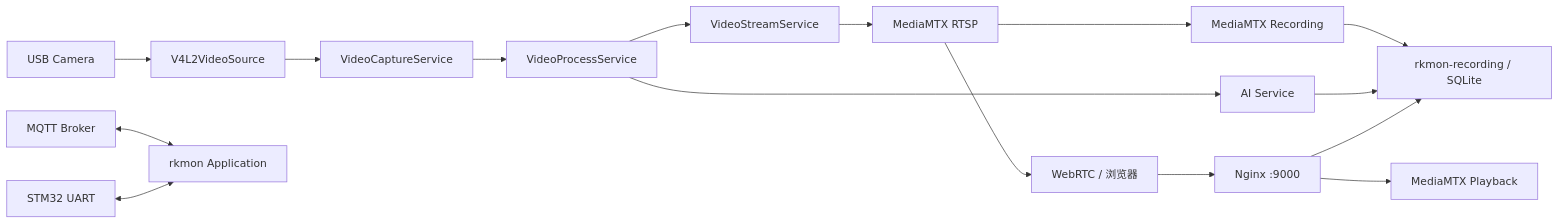
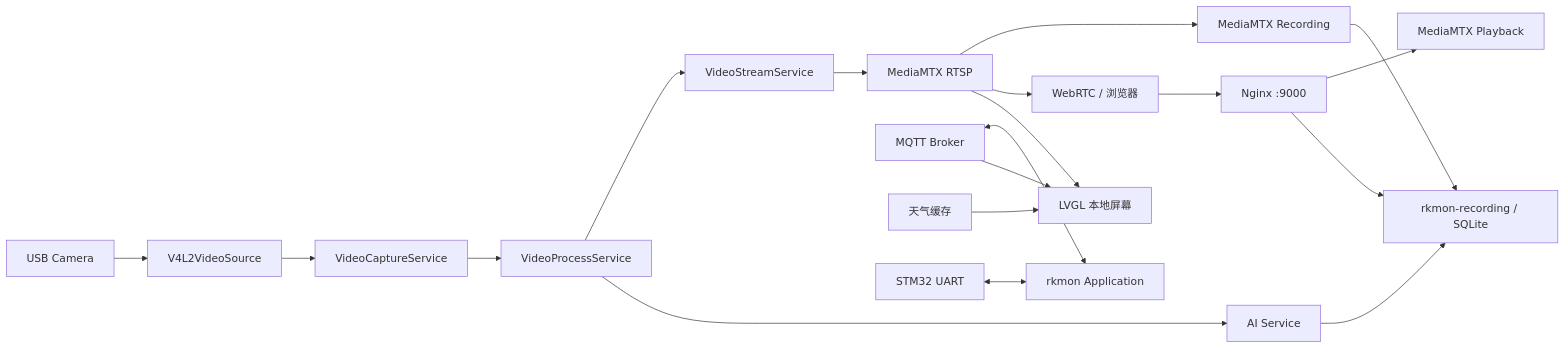
Before and after one commit to ShuaihaoLong/rk-edge-monitor: the diagram in docs/architecture.md, drawn with Mermaid. The commit also changed other lines of this file and 32 other files, not shown here.

````diff
--- a/docs/architecture.md
+++ b/docs/architecture.md
@@ -5,18 +5,21 @@
 ```mermaid
 flowchart LR
     cam[USB Camera] --> v4l2[V4L2VideoSource]
     v4l2 --> capture[VideoCaptureService]
     capture --> decode[VideoProcessService]
     decode --> ai[AI Service]
     decode --> stream[VideoStreamService]
     stream --> rtsp[MediaMTX RTSP]
+    rtsp --> display[LVGL 本地屏幕]
+    mqtt --> display
+    weather[天气缓存] --> display
     rtsp --> browser[WebRTC / 浏览器]
     rtsp --> record[MediaMTX Recording]
     record --> index[rkmon-recording / SQLite]
     ai --> index
     browser --> nginx[Nginx :9000]
     nginx --> index
     nginx --> playback[MediaMTX Playback]
     mqtt[MQTT Broker] <--> app[rkmon Application]
     stm32[STM32 UART] <--> app
 ```
````
